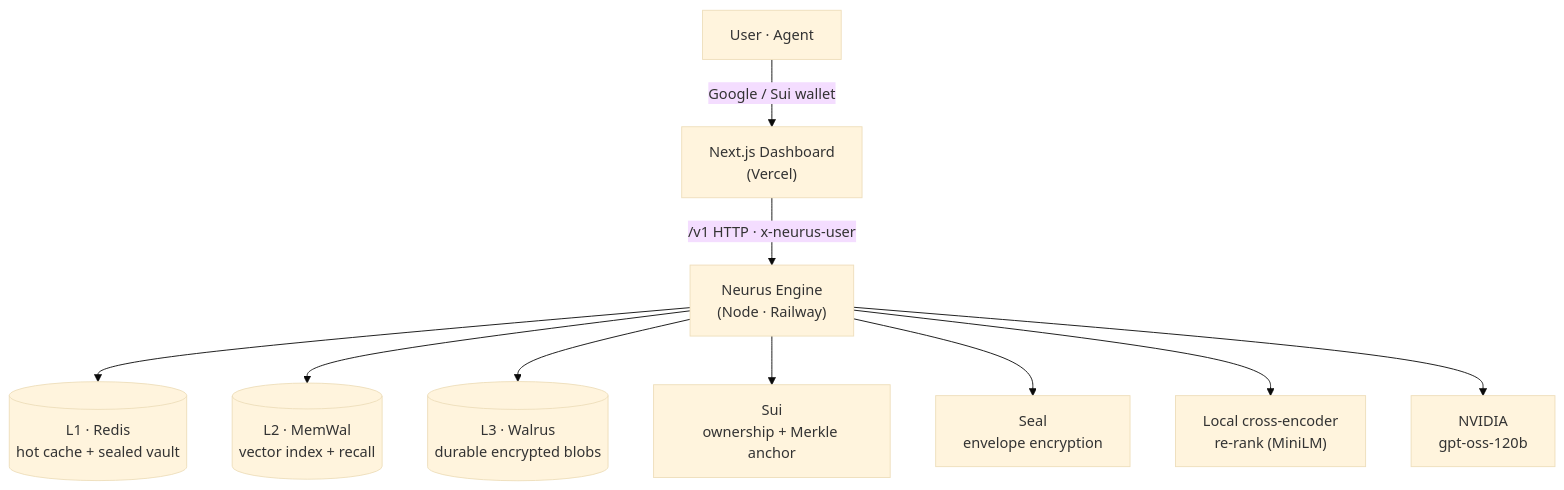
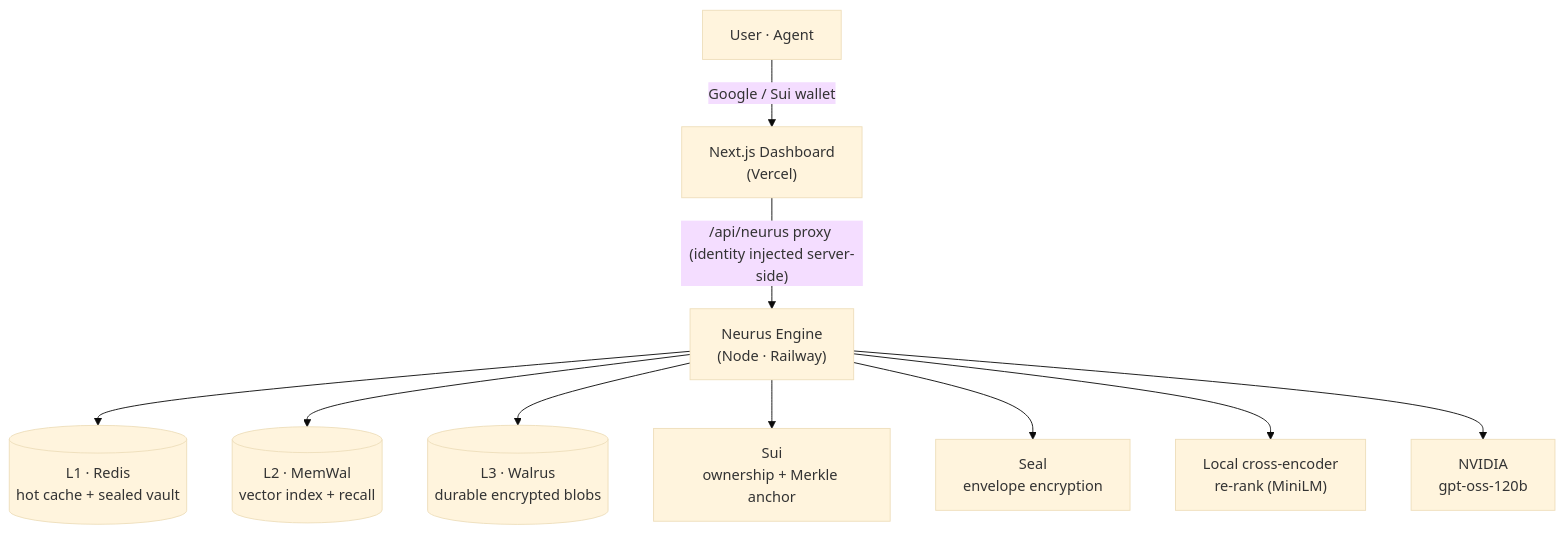
One commit to daiwikmh/neurus changed the diagram in README.md. Above: the diagram before and after it, drawn with Mermaid (base theme). The commit also changed other lines of this file and 7 other files, not shown here.

````diff
--- a/README.md
+++ b/README.md
@@ -77,13 +77,13 @@
 ```mermaid
 graph TD
   U["User · Agent"] -->|"Google / Sui wallet"| W["Next.js Dashboard<br/>(Vercel)"]
-  W -->|"/v1 HTTP · x-neurus-user"| E["Neurus Engine<br/>(Node · Railway)"]
+  W -->|"/api/neurus proxy (identity injected server-side)"| E["Neurus Engine<br/>(Node · Railway)"]
 
   E --> R[("L1 · Redis<br/>hot cache + sealed vault")]
   E --> M[("L2 · MemWal<br/>vector index + recall")]
   E --> WAL[("L3 · Walrus<br/>durable encrypted blobs")]
   E --> S["Sui<br/>ownership + Merkle anchor"]
   E --> SEAL["Seal<br/>envelope encryption"]
   E --> RR["Local cross-encoder<br/>re-rank (MiniLM)"]
   E --> LLM["NVIDIA<br/>gpt-oss-120b"]
 ```
````
